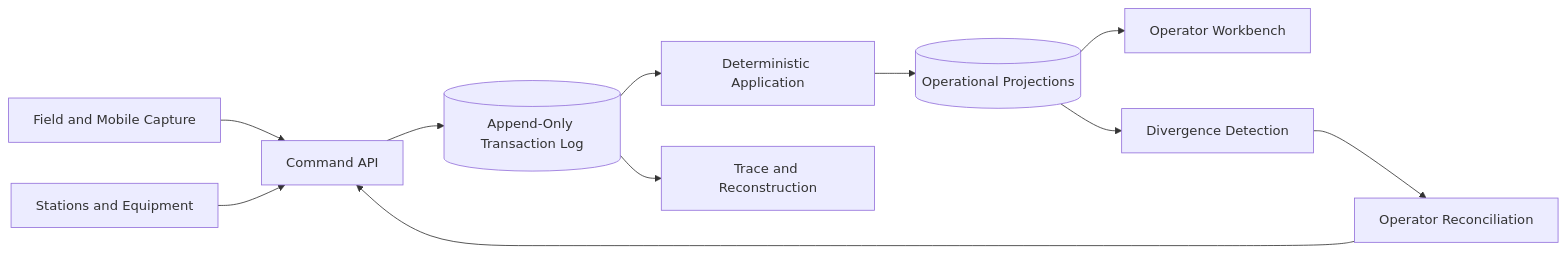
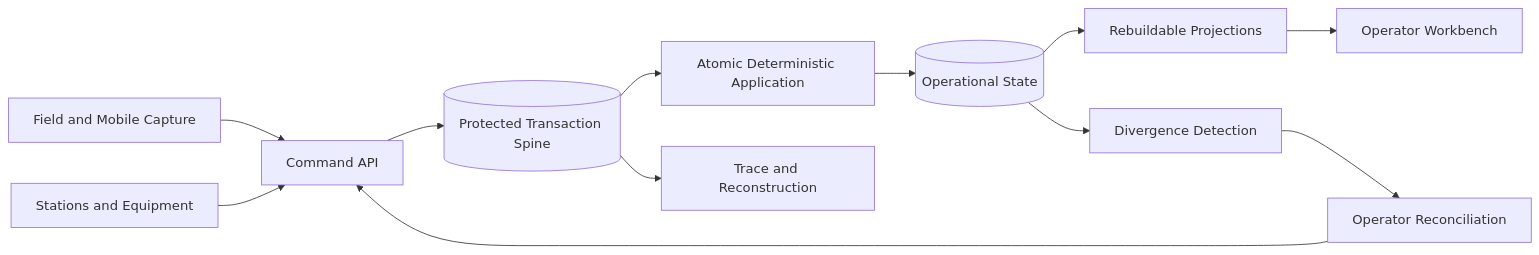
The diagram in README.md (mholton-ops/Deterministic-Control-System), drawn with Mermaid before and after one commit. The commit also changed other lines of this file and 126 other files, not shown here.

```diff
--- a/README.md
+++ b/README.md
@@ -40,13 +64,14 @@
 ~~~mermaid
 flowchart LR
   Field[Field and Mobile Capture] --> Commands[Command API]
   Equipment[Stations and Equipment] --> Commands
-  Commands --> Log[(Append-Only Transaction Log)]
-  Log --> Apply[Deterministic Application]
-  Apply --> State[(Operational Projections)]
-  State --> Workbench[Operator Workbench]
+  Commands --> Log[(Protected Transaction Spine)]
+  Log --> Apply[Atomic Deterministic Application]
+  Apply --> State[(Operational State)]
+  State --> Project[Rebuildable Projections]
+  Project --> Workbench[Operator Workbench]
   Log --> Trace[Trace and Reconstruction]
   State --> Detect[Divergence Detection]
   Detect --> Reconcile[Operator Reconciliation]
   Reconcile --> Commands
 ~~~
```
